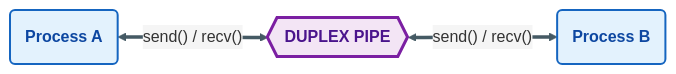
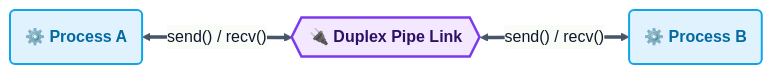
Before and after one commit to RameenAnwar/PDC-SP26-SE: the eighth of 10 diagrams in SyedMuhammadHuzaifaAshrafi-(23FA-035-SE)/Chapter03/README.md, drawn with Mermaid. The commit also changed other lines of this file and 5 other files, not shown here.

````diff
--- a/SyedMuhammadHuzaifaAshrafi-(23FA-035-SE)/Chapter03/README.md
+++ b/SyedMuhammadHuzaifaAshrafi-(23FA-035-SE)/Chapter03/README.md
@@ -480,17 +198,17 @@
 ```mermaid
-%%{init: {'theme': 'base', 'themeVariables': { 'lineColor': '#455A64', 'primaryColor': '#F5F5F5' }}}%%
+%%{init: {'theme': 'base', 'themeVariables': { 'lineColor': '#475569', 'primaryColor': '#f8fafc', 'primaryTextColor': '#0f172a', 'primaryBorderColor': '#cbd5e1' }}}%%
 flowchart LR
-    %% Pro Max Pipe Connection Visual
-    classDef pipe fill:#F3E5F5,stroke:#7B1FA2,stroke-width:3px,color:#4A148C,font-weight:bold
-    classDef process fill:#E3F2FD,stroke:#1565C0,stroke-width:2px,color:#0D47A1,font-weight:bold
+    %% Premium Pipe Connection Visual
+    classDef pipe fill:#f3e8ff,stroke:#7c3aed,stroke-width:2.5px,color:#2e1065,font-weight:bold
+    classDef process fill:#e0f2fe,stroke:#0ea5e9,stroke-width:2px,color:#0369a1,font-weight:bold
 
-    P1(Process A)
-    Pipe{{DUPLEX PIPE}}
-    P2(Process B)
+    P1("⚙️ Process A")
+    Pipe{{"🔌 Duplex Pipe Link"}}
+    P2("⚙️ Process B")
 
     P1 <== "send() / recv()" ==> Pipe
     Pipe <== "send() / recv()" ==> P2
 
     class Pipe pipe
     class P1,P2 process
 ```
````
